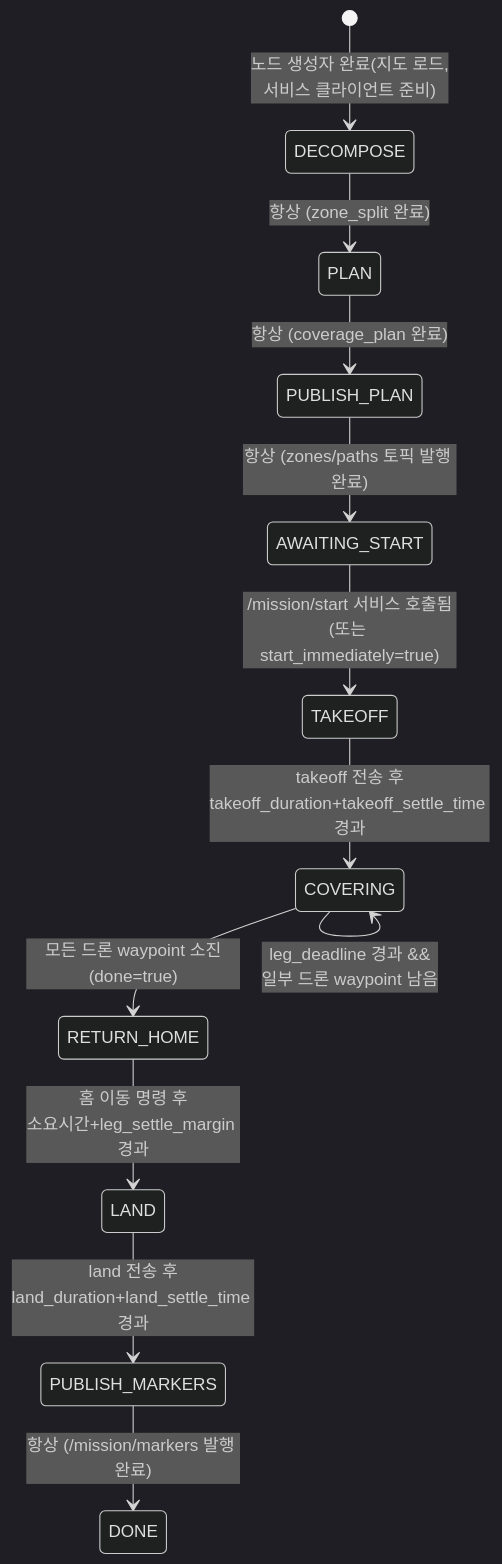
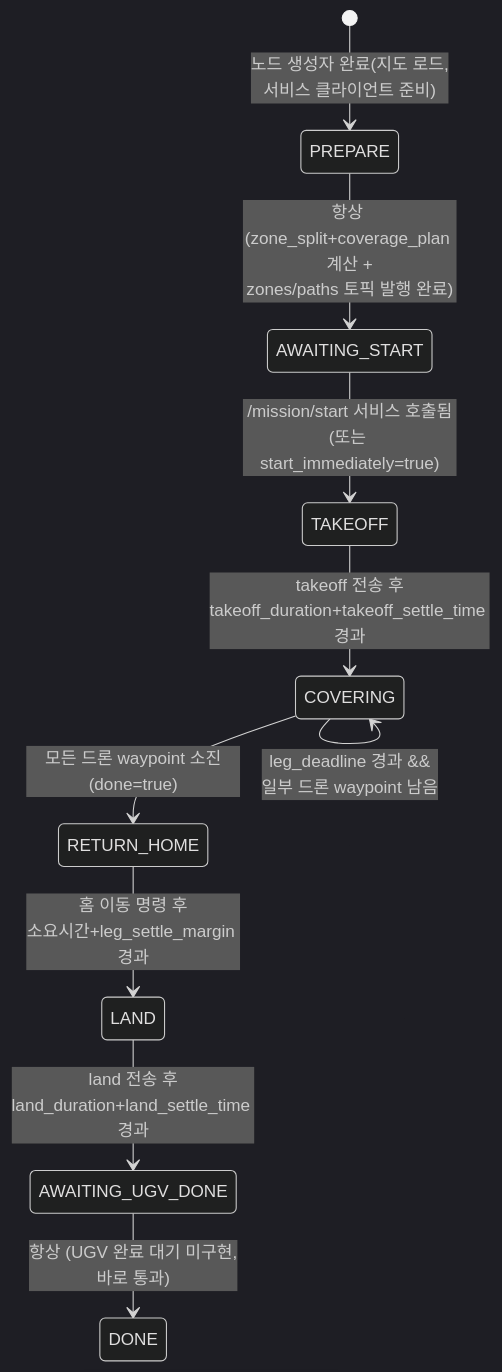
One commit to sungho2574/uav-ugv-cooperation2 changed the third of 4 diagrams in README.md. Above: the diagram before and after it, drawn with Mermaid (dark theme). The commit also changed other lines of this file and 7 other files, not shown here.

````diff
--- a/README.md
+++ b/README.md
@@ -189,14 +187,12 @@
 ```mermaid
 stateDiagram-v2
-    [*] --> DECOMPOSE: 노드 생성자 완료(지도 로드,<br>서비스 클라이언트 준비)
-    DECOMPOSE --> PLAN: 항상 (zone_split 완료)
-    PLAN --> PUBLISH_PLAN: 항상 (coverage_plan 완료)
-    PUBLISH_PLAN --> AWAITING_START: 항상 (zones/paths 토픽 발행 완료)
+    [*] --> PREPARE: 노드 생성자 완료(지도 로드,<br>서비스 클라이언트 준비)
+    PREPARE --> AWAITING_START: 항상 (zone_split+coverage_plan 계산 +<br>zones/paths 토픽 발행 완료)
     AWAITING_START --> TAKEOFF: /mission/start 서비스 호출됨<br>(또는 start_immediately=true)
     TAKEOFF --> COVERING: takeoff 전송 후<br>takeoff_duration+takeoff_settle_time 경과
     COVERING --> COVERING: leg_deadline 경과 &&<br>일부 드론 waypoint 남음
     COVERING --> RETURN_HOME: 모든 드론 waypoint 소진(done=true)
     RETURN_HOME --> LAND: 홈 이동 명령 후<br>소요시간+leg_settle_margin 경과
-    LAND --> PUBLISH_MARKERS: land 전송 후<br>land_duration+land_settle_time 경과
-    PUBLISH_MARKERS --> DONE: 항상 (/mission/markers 발행 완료)
+    LAND --> AWAITING_UGV_DONE: land 전송 후<br>land_duration+land_settle_time 경과
+    AWAITING_UGV_DONE --> DONE: 항상 (UGV 완료 대기 미구현,<br>바로 통과)
 ```
````
